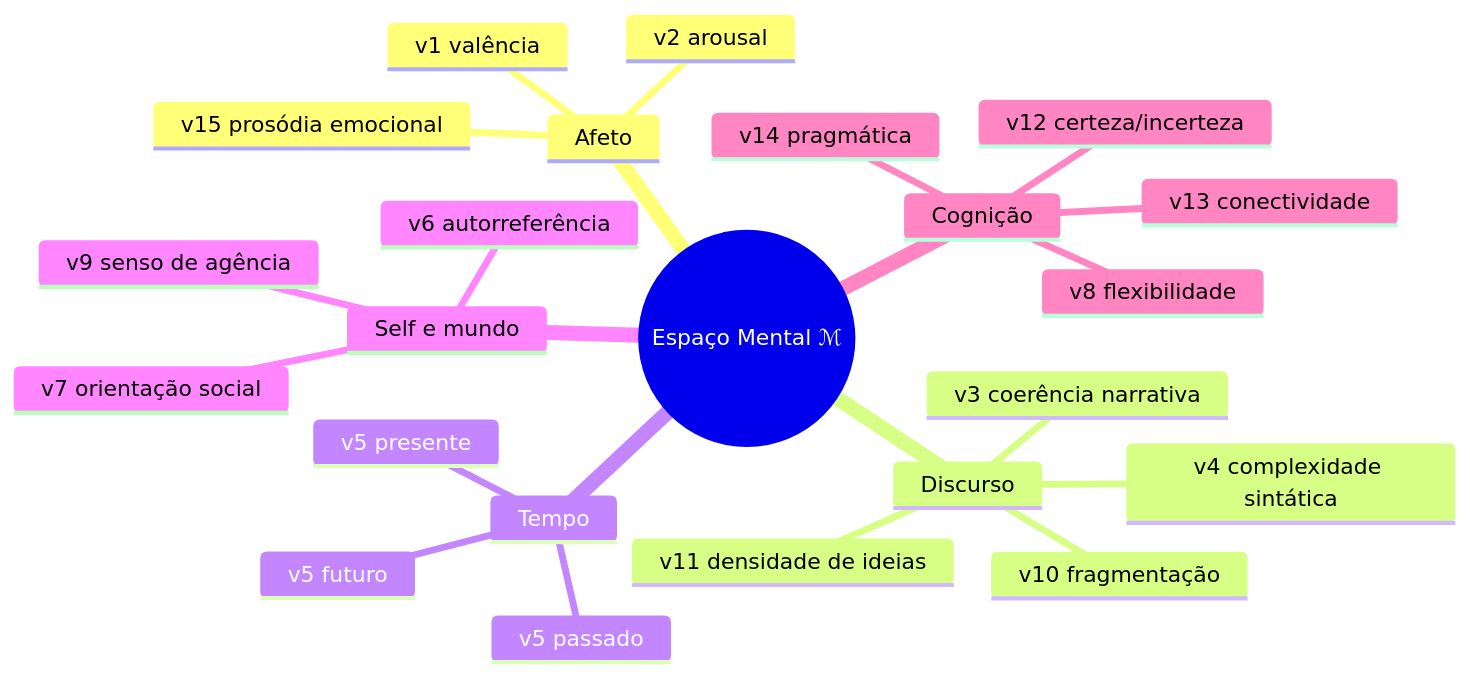
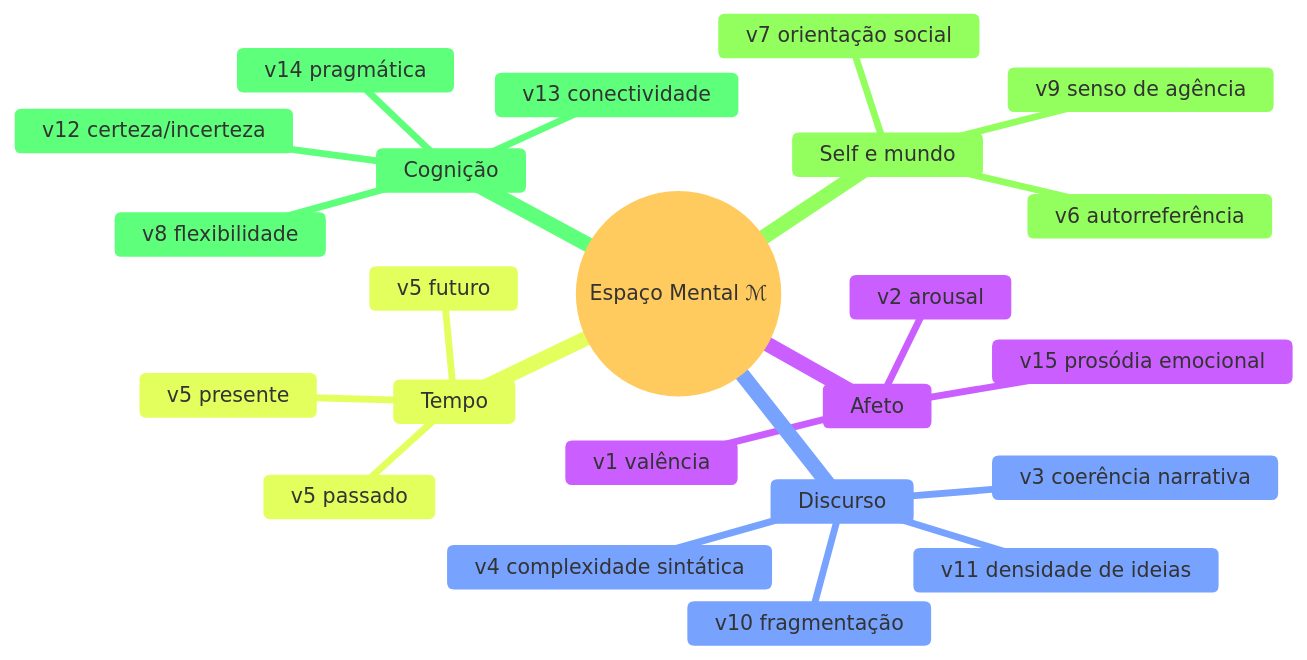
Before and after one commit to myselfgus/patient-memory: the eighth of 9 diagrams in README.md, drawn with Mermaid. The commit also changed other lines of this file, not shown here.

Commit message:
style(readme): refina diagramas mermaid com linguagem visual Liquid Glass (tema SF, painéis frosted, paleta de sistema Apple, cantos arredondados)

````diff
--- a/README.md
+++ b/README.md
@@ -321,26 +385,27 @@
 ```mermaid
+%%{init: {"theme":"base","themeVariables":{"fontFamily":"-apple-system, BlinkMacSystemFont, Segoe UI, Helvetica, Arial, sans-serif","fontSize":"15px","lineColor":"#C7C7CC"}}}%%
 mindmap
   root((Espaço Mental ℳ))
     Afeto
       v1 valência
       v2 arousal
       v15 prosódia emocional
     Discurso
       v3 coerência narrativa
       v4 complexidade sintática
       v10 fragmentação
       v11 densidade de ideias
     Tempo
       v5 passado
       v5 presente
       v5 futuro
     Self e mundo
       v6 autorreferência
       v7 orientação social
       v9 senso de agência
     Cognição
       v8 flexibilidade
       v12 certeza/incerteza
       v13 conectividade
       v14 pragmática
 ```
````
